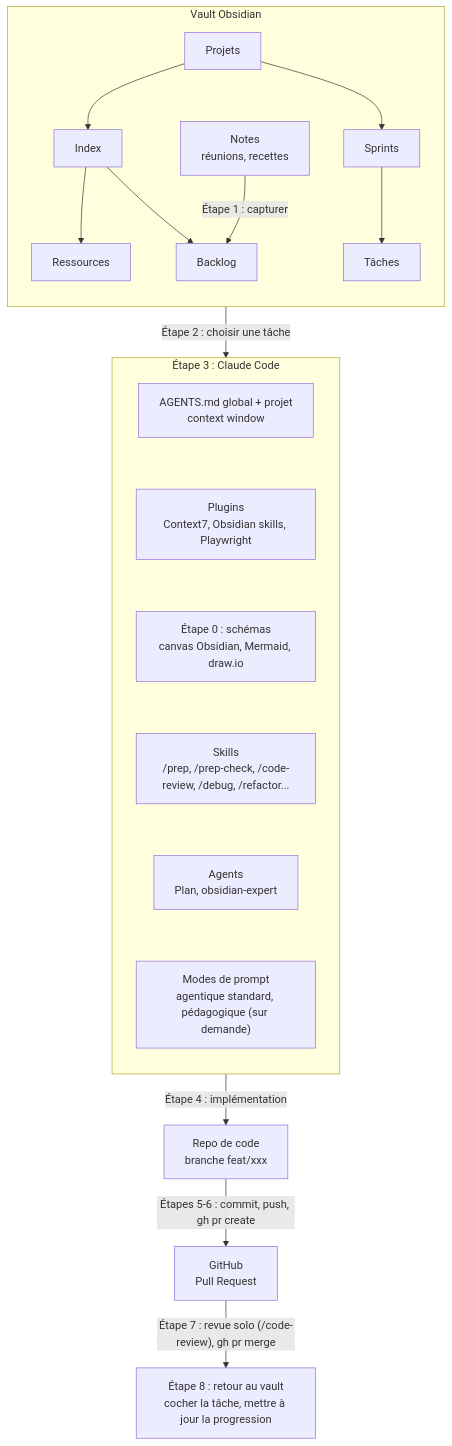
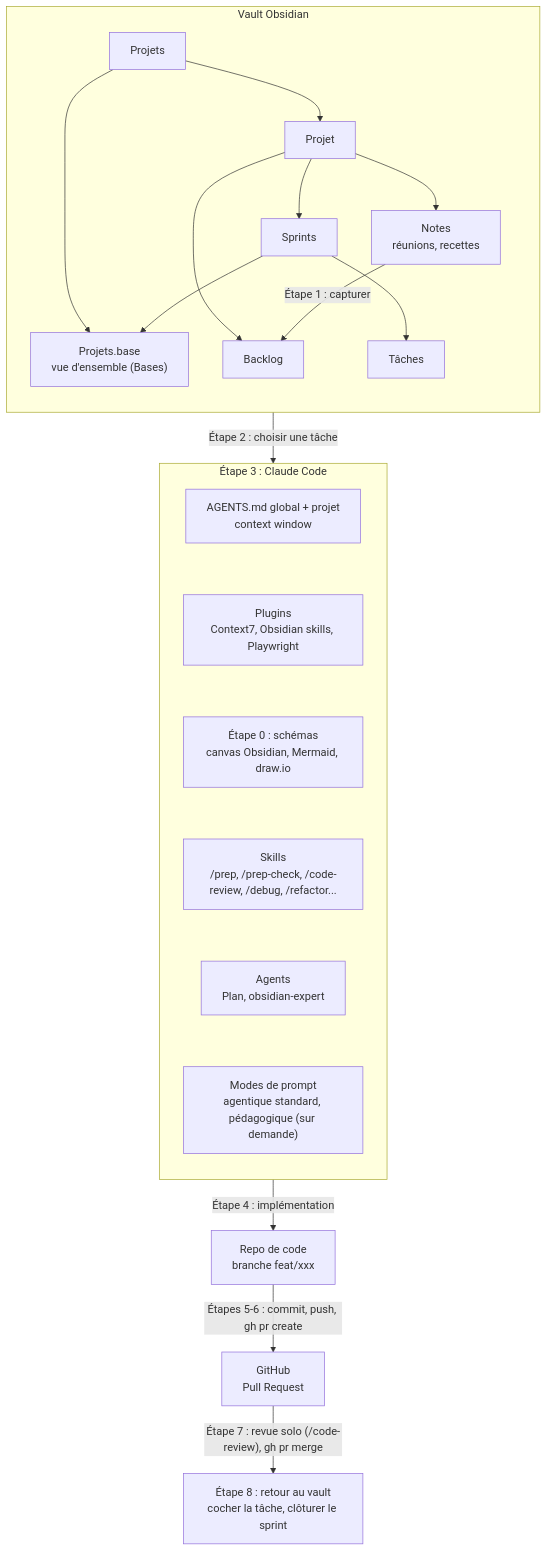
Before and after one commit to JulienLach/agentic-workflow-files: the diagram in WORKFLOW.md, drawn with Mermaid. The commit also changed other lines of this file and 2 other files, not shown here.

First line of the commit message:
docs(obsidian): replace Dataview with Bases and update vault conventions

````diff
--- a/WORKFLOW.md
+++ b/WORKFLOW.md
@@ -11,41 +11,43 @@
 ```mermaid
 flowchart TD
     subgraph VAULT["Vault Obsidian"]
         direction TB
         NOTES["Notes<br/>réunions, recettes"]
         PROJETS["Projets"]
-        INDEX["Index"]
-        RESSOURCES["Ressources"]
+        BASE["Projets.base<br/>vue d'ensemble (Bases)"]
+        PROJET["Projet"]
         BACKLOG["Backlog"]
         SPRINTS["Sprints"]
         TACHES["Tâches"]
 
-        PROJETS --> INDEX
-        INDEX --> RESSOURCES
-        INDEX --> BACKLOG
+        PROJETS --> BASE
+        PROJETS --> PROJET
+        PROJET --> NOTES
+        PROJET --> BACKLOG
         NOTES -->|"Étape 1 : capturer"| BACKLOG
-        PROJETS --> SPRINTS
+        PROJET --> SPRINTS
+        SPRINTS --> BASE
         SPRINTS --> TACHES
     end
 
     subgraph HUB["Étape 3 : Claude Code"]
         direction TB
         CONTEXTE["AGENTS.md global + projet<br/>context window"]
         PLUGINS["Plugins<br/>Context7, Obsidian skills, Playwright"]
         CANVAS["Étape 0 : schémas<br/>canvas Obsidian, Mermaid, draw.io"]
         SKILLS["Skills<br/>/prep, /prep-check, /code-review, /debug, /refactor..."]
         SUBAGENTS["Agents<br/>Plan, obsidian-expert"]
         MODES["Modes de prompt<br/>agentique standard, pédagogique (sur demande)"]
 
         CONTEXTE ~~~ PLUGINS ~~~ CANVAS ~~~ SKILLS ~~~ SUBAGENTS ~~~ MODES
     end
 
     REPO["Repo de code<br/>branche feat/xxx"]
     GITHUB["GitHub<br/>Pull Request"]
-    SUIVI["Étape 8 : retour au vault<br/>cocher la tâche, mettre à jour la progression"]
+    SUIVI["Étape 8 : retour au vault<br/>cocher la tâche, clôturer le sprint"]
 
     TACHES -->|"Étape 2 : choisir une tâche"| HUB
     HUB -->|"Étape 4 : implémentation"| REPO
     REPO -->|"Étapes 5-6 : commit, push, gh pr create"| GITHUB
     GITHUB -->|"Étape 7 : revue solo (/code-review), gh pr merge"| SUIVI
 ```
````
